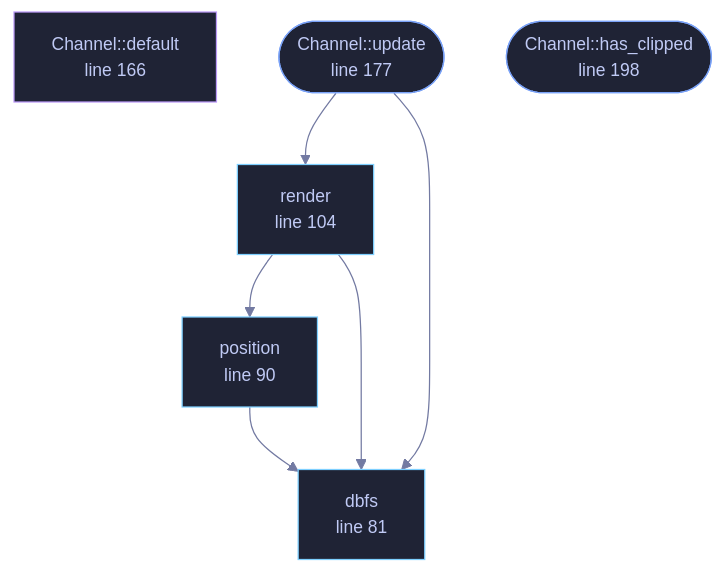
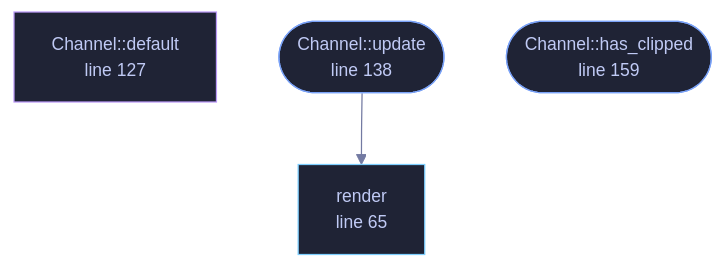
The diagram in docs/files/veilvoice-cli/meter.md (tilas01/veilvoice), drawn with Mermaid before and after one commit. The commit also changed other lines of this file and 38 other files, not shown here.

````diff
--- a/docs/files/veilvoice-cli/meter.md
+++ b/docs/files/veilvoice-cli/meter.md
@@ -97,27 +97,19 @@
 ```mermaid
 %%{init: {"theme":"base","themeVariables":{"background":"#1a1b26","primaryColor":"#1f2335","primaryTextColor":"#c0caf5","primaryBorderColor":"#7aa2f7","secondaryColor":"#16161e","tertiaryColor":"#16161e","lineColor":"#737aa2","textColor":"#c0caf5","mainBkg":"#1f2335","nodeBorder":"#7aa2f7","clusterBkg":"#16161e","clusterBorder":"#2f3549","fontFamily":"ui-monospace, SFMono-Regular, Consolas, monospace","fontSize":"14px"}}}%%
 flowchart TD
-    n_dbfs["dbfs<br/>line 81"]
-    n_position["position<br/>line 90"]
-    n_render["render<br/>line 104"]
-    n_default["Channel::default<br/>line 166"]
-    n_update(["Channel::update<br/>line 177"])
-    n_has_clipped(["Channel::has_clipped<br/>line 198"])
-    n_position --> n_dbfs
-    n_render --> n_dbfs
-    n_render --> n_position
-    n_update --> n_dbfs
+    n_render["render<br/>line 65"]
+    n_default["Channel::default<br/>line 127"]
+    n_update(["Channel::update<br/>line 138"])
+    n_has_clipped(["Channel::has_clipped<br/>line 159"])
     n_update --> n_render
-    click n_dbfs href "https://github.com/tilas01/veilvoice/blob/main/crates/veilvoice-cli/src/meter.rs#L81" "open the source"
-    click n_position href "https://github.com/tilas01/veilvoice/blob/main/crates/veilvoice-cli/src/meter.rs#L90" "open the source"
-    click n_render href "https://github.com/tilas01/veilvoice/blob/main/crates/veilvoice-cli/src/meter.rs#L104" "open the source"
-    click n_default href "https://github.com/tilas01/veilvoice/blob/main/crates/veilvoice-cli/src/meter.rs#L166" "open the source"
-    click n_update href "https://github.com/tilas01/veilvoice/blob/main/crates/veilvoice-cli/src/meter.rs#L177" "open the source"
-    click n_has_clipped href "https://github.com/tilas01/veilvoice/blob/main/crates/veilvoice-cli/src/meter.rs#L198" "open the source"
+    click n_render href "https://github.com/tilas01/veilvoice/blob/main/crates/veilvoice-cli/src/meter.rs#L65" "open the source"
+    click n_default href "https://github.com/tilas01/veilvoice/blob/main/crates/veilvoice-cli/src/meter.rs#L127" "open the source"
+    click n_update href "https://github.com/tilas01/veilvoice/blob/main/crates/veilvoice-cli/src/meter.rs#L138" "open the source"
+    click n_has_clipped href "https://github.com/tilas01/veilvoice/blob/main/crates/veilvoice-cli/src/meter.rs#L159" "open the source"
     classDef entry fill:#1f2335,stroke:#7aa2f7,color:#c0caf5
     class n_update,n_has_clipped entry
     classDef api fill:#1f2335,stroke:#7dcfff,color:#c0caf5
-    class n_dbfs,n_position,n_render api
+    class n_render api
     classDef helper fill:#1f2335,stroke:#bb9af7,color:#c0caf5
     class n_default helper
 ```
````
